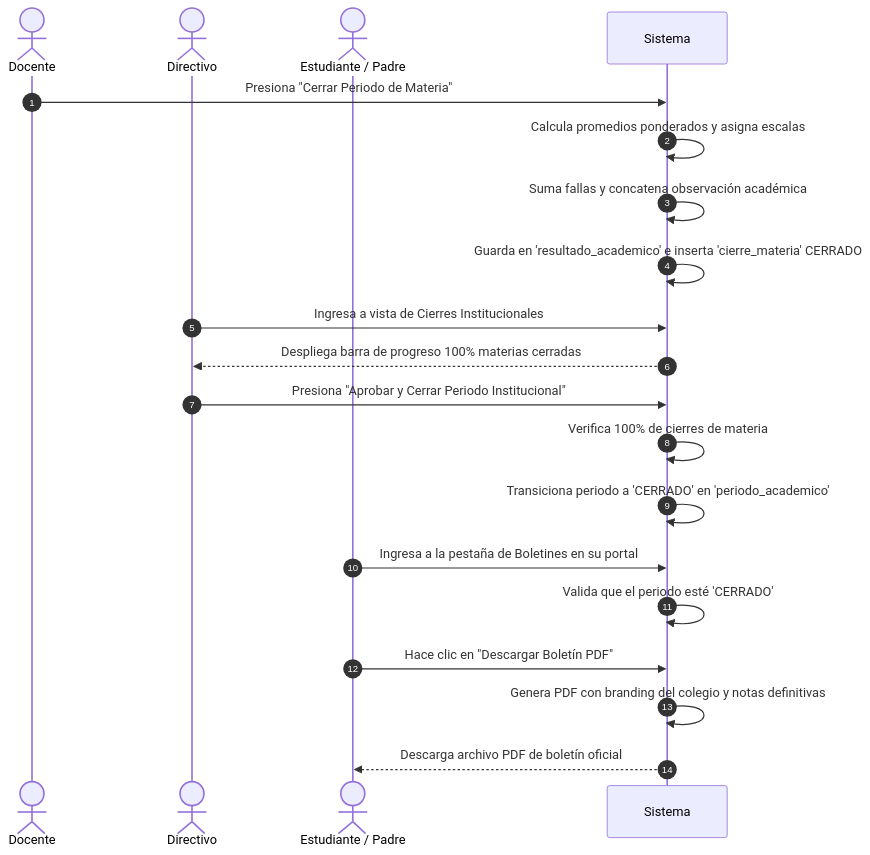
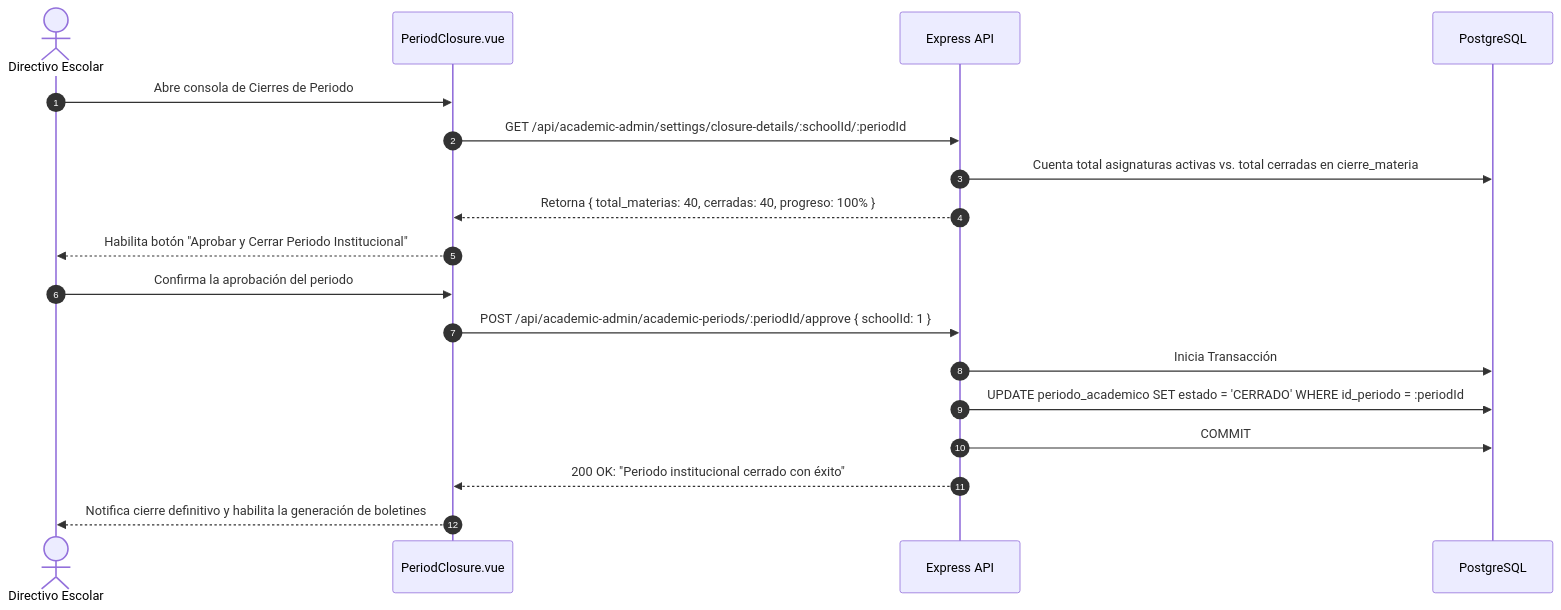
The second of 4 diagrams in guides/modules/14_cierre_y_boletines/casos_uso.md (DanExl24/AcademiaNeiva), drawn with Mermaid before and after one commit. The commit also changed other lines of this file and 3 other files, not shown here.

Commit message:
docs: actualizar exhaustivamente modulo 14 cierre de periodo y boletines con flujos reales

````diff
--- a/guides/modules/14_cierre_y_boletines/casos_uso.md
+++ b/guides/modules/14_cierre_y_boletines/casos_uso.md
@@ -20,26 +57,24 @@
 ```mermaid
 sequenceDiagram
     autonumber
-    actor Docente
-    actor Directivo
-    actor Usuario as Estudiante / Padre
-    participant Sistema
+    actor Directivo as Directivo Escolar
+    participant Frontend as PeriodClosure.vue
+    participant Backend as Express API
+    participant DB as PostgreSQL
+
+    Directivo->>Frontend: Abre consola de Cierres de Periodo
+    Frontend->>Backend: GET /api/academic-admin/settings/closure-details/:schoolId/:periodId
+    Backend->>DB: Cuenta total asignaturas activas vs. total cerradas en cierre_materia
+    Backend-->>Frontend: Retorna { total_materias: 40, cerradas: 40, progreso: 100% }
+    Frontend-->>Directivo: Habilita botón "Aprobar y Cerrar Periodo Institucional"
+
+    Directivo->>Frontend: Confirma la aprobación del periodo
+    Frontend->>Backend: POST /api/academic-admin/academic-periods/:periodId/approve { schoolId: 1 }
     
-    Docente->>Sistema: Presiona "Cerrar Periodo de Materia"
-    Sistema->>Sistema: Calcula promedios ponderados y asigna escalas
-    Sistema->>Sistema: Suma fallas y concatena observación académica
-    Sistema->>Sistema: Guarda en 'resultado_academico' e inserta 'cierre_materia' CERRADO
+    Backend->>DB: Inicia Transacción
+    Backend->>DB: UPDATE periodo_academico SET estado = 'CERRADO' WHERE id_periodo = :periodId
+    Backend->>DB: COMMIT
     
-    Directivo->>Sistema: Ingresa a vista de Cierres Institucionales
-    Sistema-->>Directivo: Despliega barra de progreso 100% materias cerradas
-    
-    Directivo->>Sistema: Presiona "Aprobar y Cerrar Periodo Institucional"
-    Sistema->>Sistema: Verifica 100% de cierres de materia
-    Sistema->>Sistema: Transiciona periodo a 'CERRADO' en 'periodo_academico'
-    
-    Usuario->>Sistema: Ingresa a la pestaña de Boletines en su portal
-    Sistema->>Sistema: Valida que el periodo esté 'CERRADO'
-    Usuario->>Sistema: Hace clic en "Descargar Boletín PDF"
-    Sistema->>Sistema: Genera PDF con branding del colegio y notas definitivas
-    Sistema-->>Usuario: Descarga archivo PDF de boletín oficial
+    Backend-->>Frontend: 200 OK: "Periodo institucional cerrado con éxito"
+    Frontend-->>Directivo: Notifica cierre definitivo y habilita la generación de boletines
 ```
````
